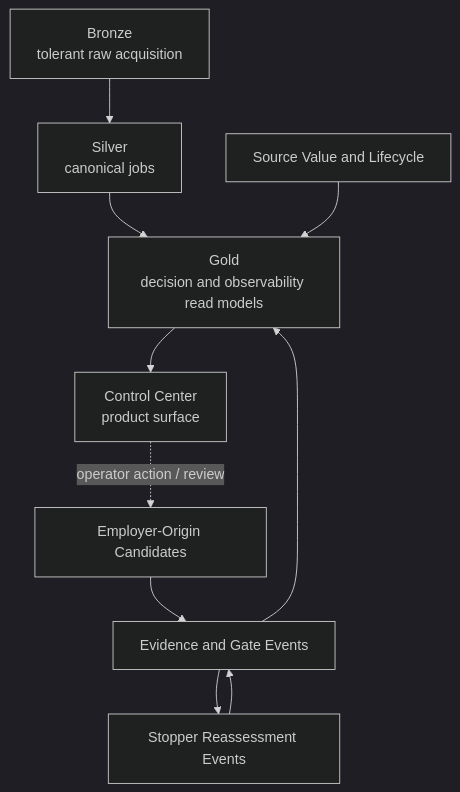
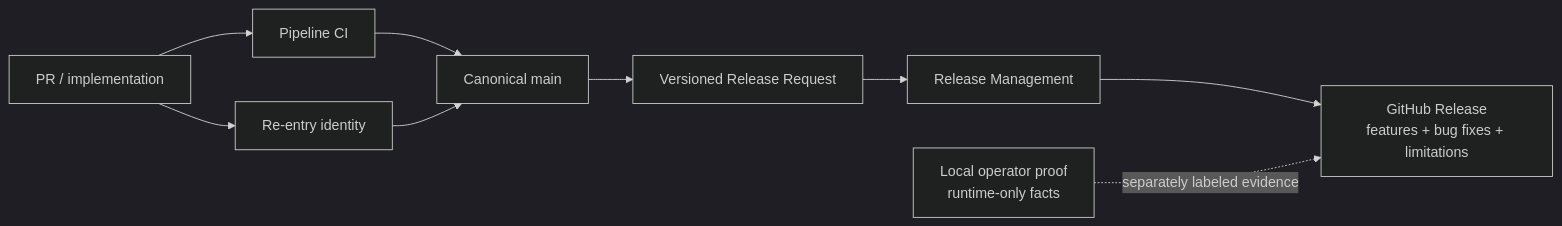
Before and after one commit to jenshaberle-dotcom/job-application-pipeline: the ninth of 9 diagrams in docs/current/system-diagrams.md, drawn with Mermaid (dark theme). The commit also changed other lines of this file, not shown here.

Commit message:
DOC-RECOVERY: rebaseline current system diagrams

````diff
--- a/docs/current/system-diagrams.md
+++ b/docs/current/system-diagrams.md
@@ -130,18 +200,16 @@
 ```mermaid
-flowchart TB
-    RAW[Bronze<br/>tolerant raw acquisition]
-    SILVER[Silver<br/>canonical jobs]
-    GOLD[Gold<br/>decision and observability read models]
-    UI[Control Center<br/>product surface]
+flowchart LR
+    PR[PR / implementation]
+    CI[Pipeline CI]
+    RE[Re-entry identity]
+    MAIN[Canonical main]
+    RR[Versioned Release Request]
+    RM[Release Management]
+    REL[GitHub Release<br/>features + bug fixes + limitations]
+    OP[Local operator proof<br/>runtime-only facts]
 
-    CAND[Employer-Origin Candidates]
-    EVID[Evidence and Gate Events]
-    STOP[Stopper Reassessment Events]
-    SRC[Source Value and Lifecycle]
-
-    RAW --> SILVER --> GOLD --> UI
-    CAND --> EVID --> GOLD
-    EVID --> STOP --> EVID
-    SRC --> GOLD
-    UI -.operator action / review.-> CAND
+    PR --> CI --> MAIN
+    PR --> RE --> MAIN
+    MAIN --> RR --> RM --> REL
+    OP -.separately labeled evidence.-> REL
 ```
````
